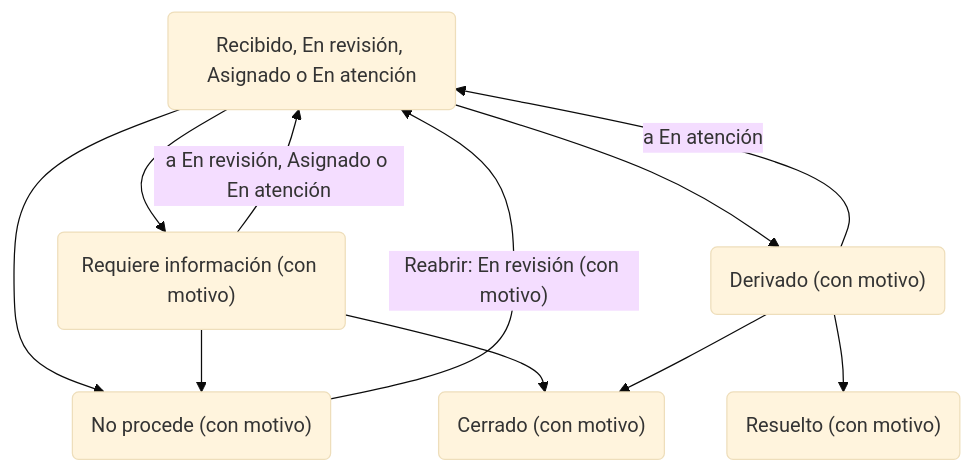
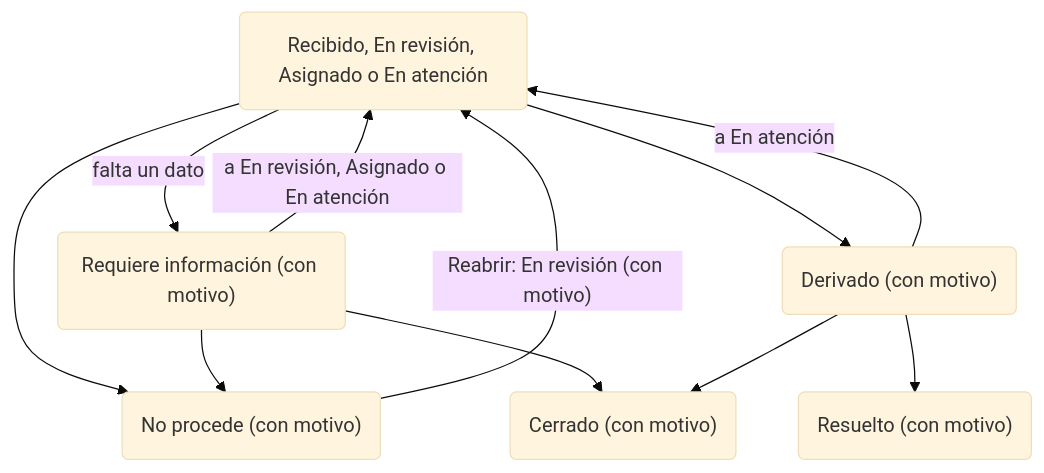
The sixth of 18 diagrams in app-freddy-bernal/docs/FLUJOS-WEB.md (fbvenezuela/Gestionapp), drawn with Mermaid (base theme) before and after one commit. The commit also changed other lines of this file and 3 other files, not shown here.

````diff
--- a/app-freddy-bernal/docs/FLUJOS-WEB.md
+++ b/app-freddy-bernal/docs/FLUJOS-WEB.md
@@ -169,19 +169,19 @@
 ```mermaid
 flowchart TD
   desvio_abierto("Recibido, En revisión, Asignado o En atención")
   desvio_info("Requiere información (con motivo)")
   desvio_derivado("Derivado (con motivo)")
   desvio_noprocede("No procede (con motivo)")
   desvio_resuelto("Resuelto (con motivo)")
   desvio_cerrado("Cerrado (con motivo)")
-  desvio_abierto --> desvio_info
+  desvio_abierto -- falta un dato --> desvio_info
   desvio_abierto --> desvio_derivado
   desvio_abierto --> desvio_noprocede
   desvio_info -- a En revisión, Asignado o En atención --> desvio_abierto
   desvio_info --> desvio_noprocede
   desvio_info --> desvio_cerrado
   desvio_derivado -- a En atención --> desvio_abierto
   desvio_derivado --> desvio_resuelto
   desvio_derivado --> desvio_cerrado
   desvio_noprocede -->|"Reabrir: En revisión (con motivo)"| desvio_abierto
 ```
````
